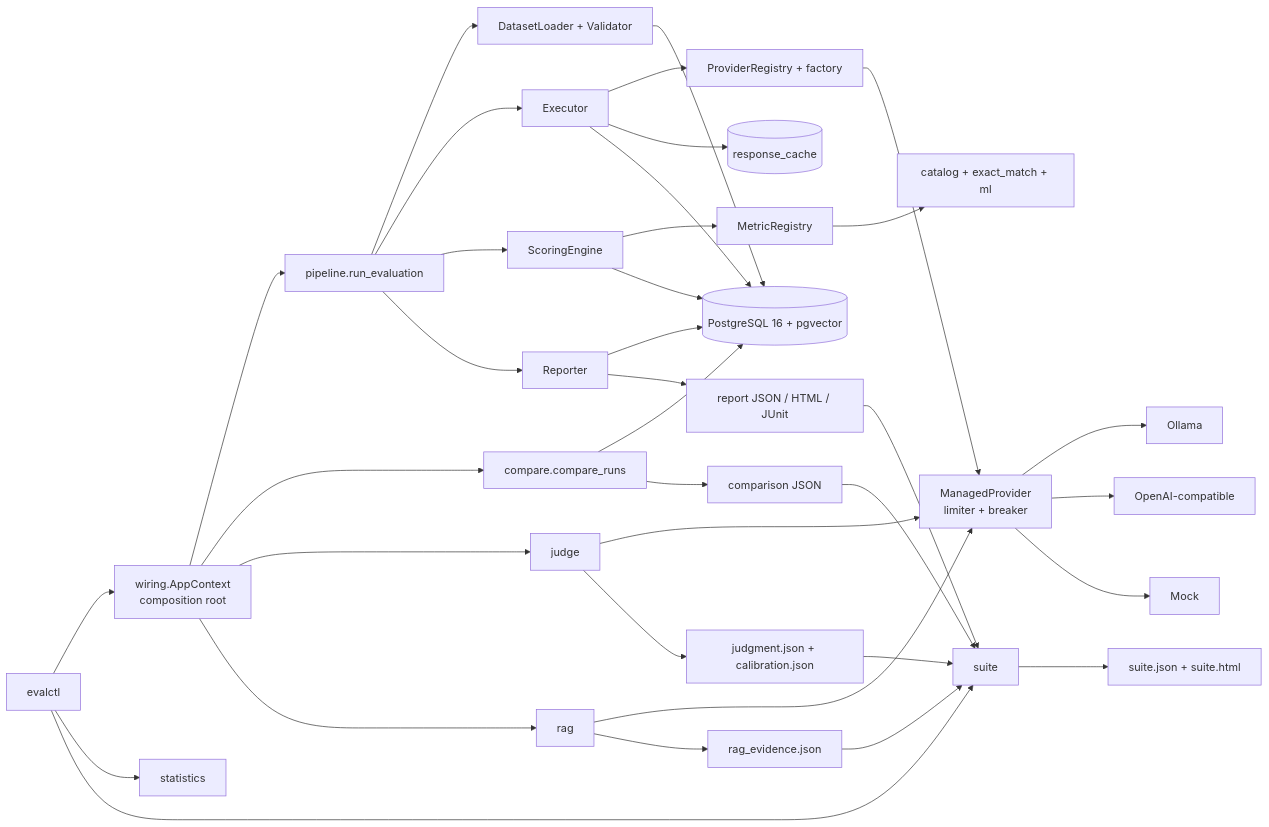
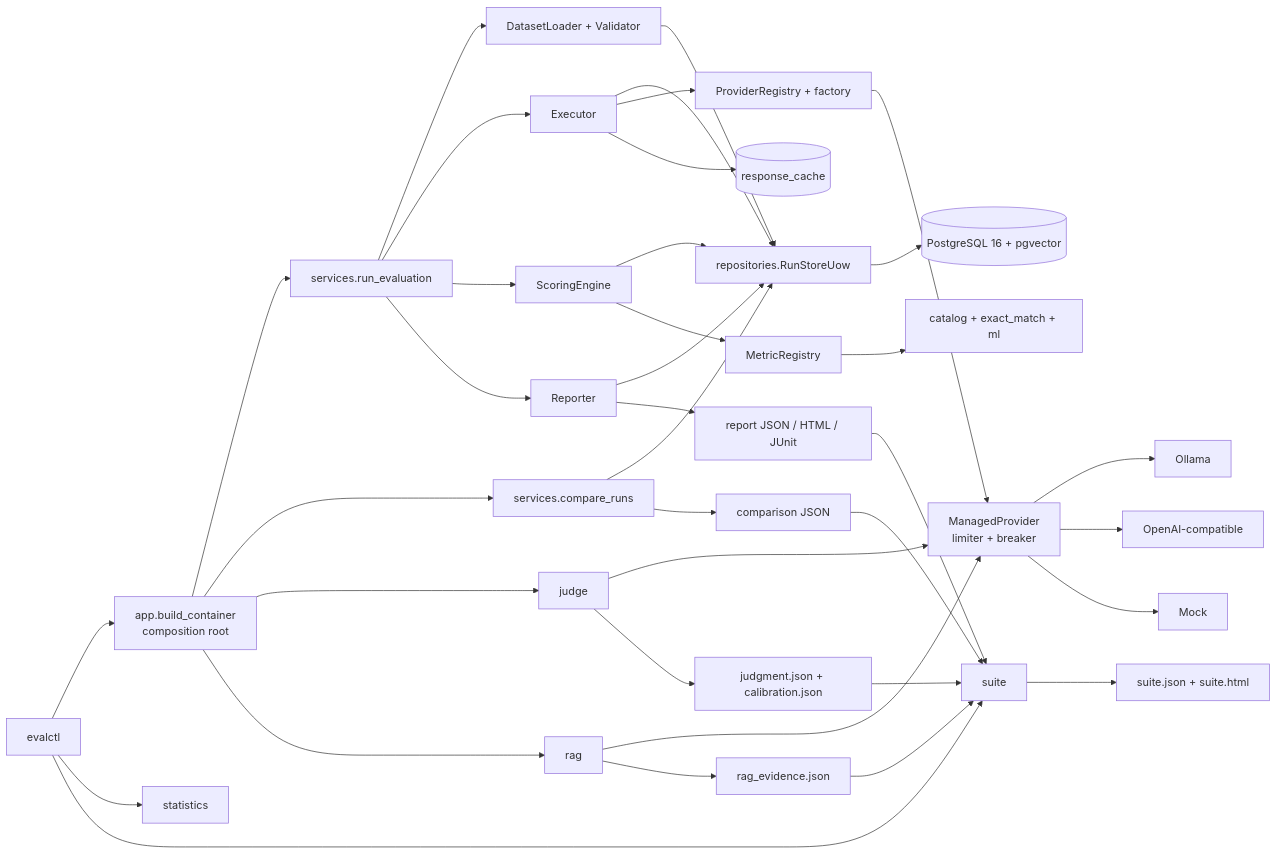
The diagram in docs/architecture.md (DimitarAtanassov/evalanche), drawn with Mermaid before and after one commit. The commit also changed other lines of this file and 200 other files, not shown here.

````diff
--- a/docs/architecture.md
+++ b/docs/architecture.md
@@ -39,44 +39,44 @@
 ```mermaid
 flowchart LR
-  CLI[evalctl] --> Wiring[wiring.AppContext<br/>composition root]
-  Wiring --> Pipeline[pipeline.run_evaluation]
-  Wiring --> Compare[compare.compare_runs]
-  Wiring --> Judge[judge]
-  Wiring --> Rag[rag]
+  CLI[evalctl] --> Root[app.build_container<br/>composition root]
+  Root --> Pipeline[services.run_evaluation]
+  Root --> Compare[services.compare_runs]
+  Root --> Judge[judge]
+  Root --> Rag[rag]
   CLI --> Stats[statistics]
   CLI --> Suite[suite]
 
   Pipeline --> Loader[DatasetLoader + Validator]
   Pipeline --> Exec[Executor]
   Pipeline --> Engine[ScoringEngine]
   Pipeline --> Reporter[Reporter]
 
-  Loader --> Store[(PostgreSQL 16 + pgvector)]
+  Loader --> Repos[repositories.RunStoreUow]
+  Exec --> Repos
+  Engine --> Repos
+  Compare --> Repos
+  Reporter --> Repos
+  Repos --> Store[(PostgreSQL 16 + pgvector)]
   Exec --> Reg[ProviderRegistry + factory]
   Reg --> Managed[ManagedProvider<br/>limiter + breaker]
   Managed --> Ollama[Ollama]
   Managed --> OpenAI[OpenAI-compatible]
   Managed --> Mock[Mock]
   Exec --> Cache[(response_cache)]
-  Exec --> Store
 
   Engine --> Registry[MetricRegistry]
   Registry --> Catalog[catalog + exact_match + ml]
-  Engine --> Store
-
-  Compare --> Store
-  Reporter --> Store
 
   Reporter --> RunArt["report JSON / HTML / JUnit"]
   Compare --> CmpArt["comparison JSON"]
   Judge --> Managed
   Judge --> JudgeArt["judgment.json + calibration.json"]
   Rag --> Managed
   Rag --> RagArt["rag_evidence.json"]
 
   RunArt --> Suite
   CmpArt --> Suite
   JudgeArt --> Suite
   RagArt --> Suite
   Suite --> SuiteArt["suite.json + suite.html"]
 ```
````
